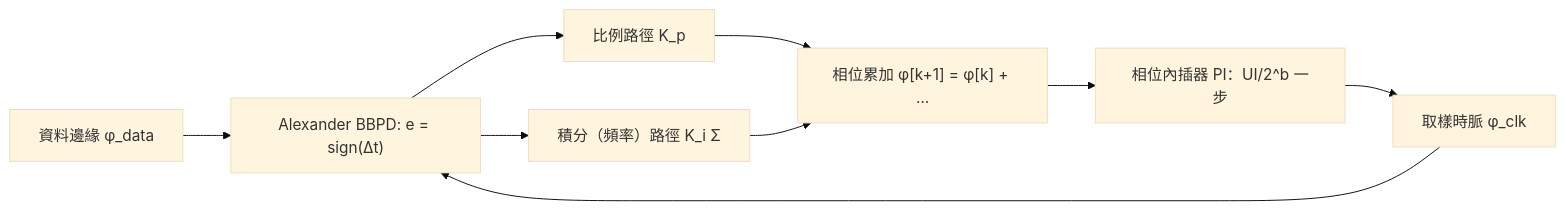
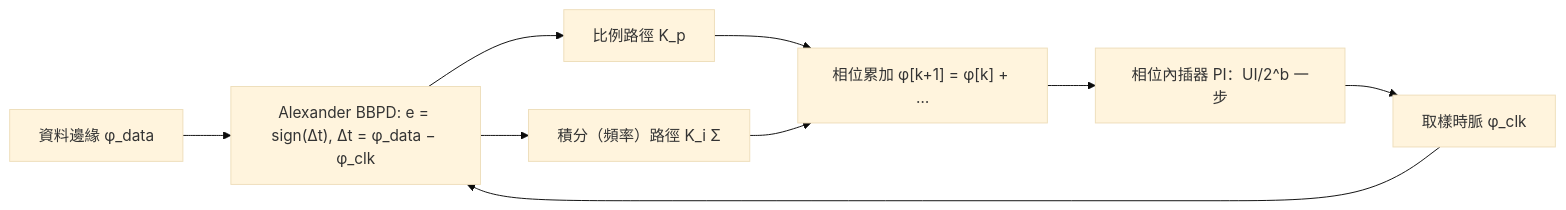
One commit to gmcycle7/isf-teaching-site changed the diagram in docs/06_design_insights/cdr_bang_bang_jtol.md. Above: the diagram before and after it, drawn with Mermaid (base theme). The commit also changed other lines of this file and 85 other files, not shown here.

````diff
--- a/docs/06_design_insights/cdr_bang_bang_jtol.md
+++ b/docs/06_design_insights/cdr_bang_bang_jtol.md
@@ -52,11 +73,11 @@
 ```mermaid
 flowchart LR
-  D["資料邊緣 φ_data"] --> PD["Alexander BBPD: e = sign(Δt)"]
+  D["資料邊緣 φ_data"] --> PD["Alexander BBPD: e = sign(Δt), Δt = φ_data − φ_clk"]
   PD --> P["比例路徑 K_p"]
   PD --> I["積分（頻率）路徑 K_i Σ"]
   P --> ACC["相位累加 φ[k+1] = φ[k] + …"]
   I --> ACC
   ACC --> PI["相位內插器 PI：UI/2^b 一步"]
   PI --> CLK["取樣時脈 φ_clk"]
   CLK --> PD
 ```
````
